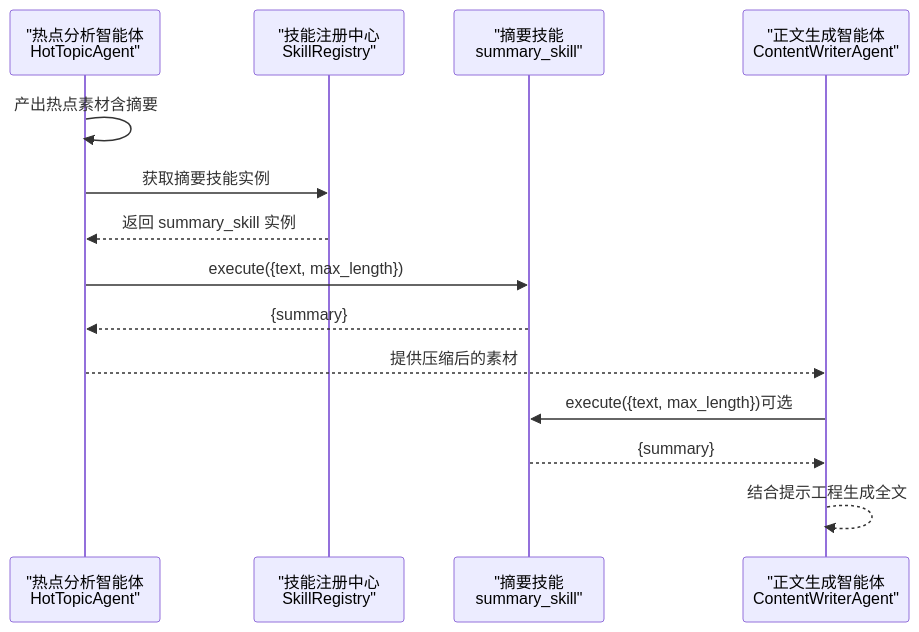
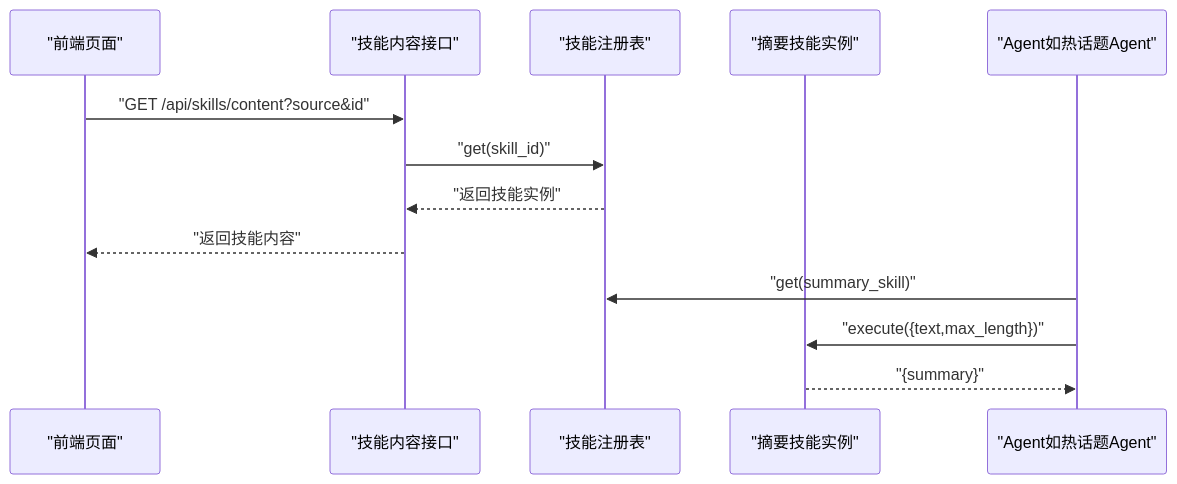
One commit to sansansansansan2022-web/hotclaw changed the second of 4 diagrams in .qoder/repowiki/zh/content/技能系统/内置技能实现/摘要技能.md. Above: the diagram before and after it, drawn with Mermaid. The commit also changed other lines of this file and 288 other files, not shown here.

````diff
--- a/.qoder/repowiki/zh/content/技能系统/内置技能实现/摘要技能.md
+++ b/.qoder/repowiki/zh/content/技能系统/内置技能实现/摘要技能.md
@@ -110,16 +107,15 @@
 ```mermaid
 sequenceDiagram
-participant HT as "热点分析智能体<br/>HotTopicAgent"
-participant REG as "技能注册中心<br/>SkillRegistry"
-participant SUM as "摘要技能<br/>summary_skill"
-participant CW as "正文生成智能体<br/>ContentWriterAgent"
-HT->>HT : 产出热点素材含摘要
-HT->>REG : 获取摘要技能实例
-REG-->>HT : 返回 summary_skill 实例
-HT->>SUM : execute({text, max_length})
-SUM-->>HT : {summary}
-HT-->>CW : 提供压缩后的素材
-CW->>SUM : execute({text, max_length})可选
-SUM-->>CW : {summary}
-CW-->>CW : 结合提示工程生成全文
+participant FE as "前端页面"
+participant API as "技能内容接口"
+participant REG as "技能注册表"
+participant SKL as "摘要技能实例"
+participant AG as "Agent如热话题Agent"
+FE->>API : "GET /api/skills/content?source&id"
+API->>REG : "get(skill_id)"
+REG-->>API : "返回技能实例"
+API-->>FE : "返回技能内容"
+AG->>REG : "get(summary_skill)"
+AG->>SKL : "execute({text,max_length})"
+SKL-->>AG : "{summary}"
 ```
````
